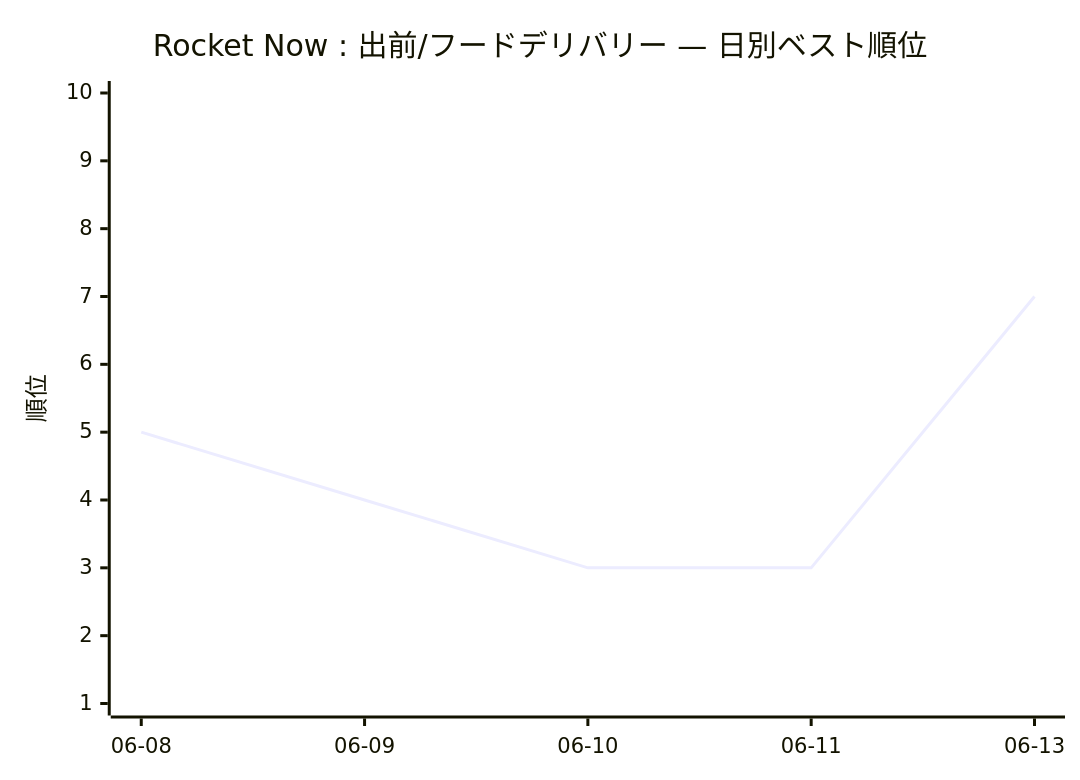
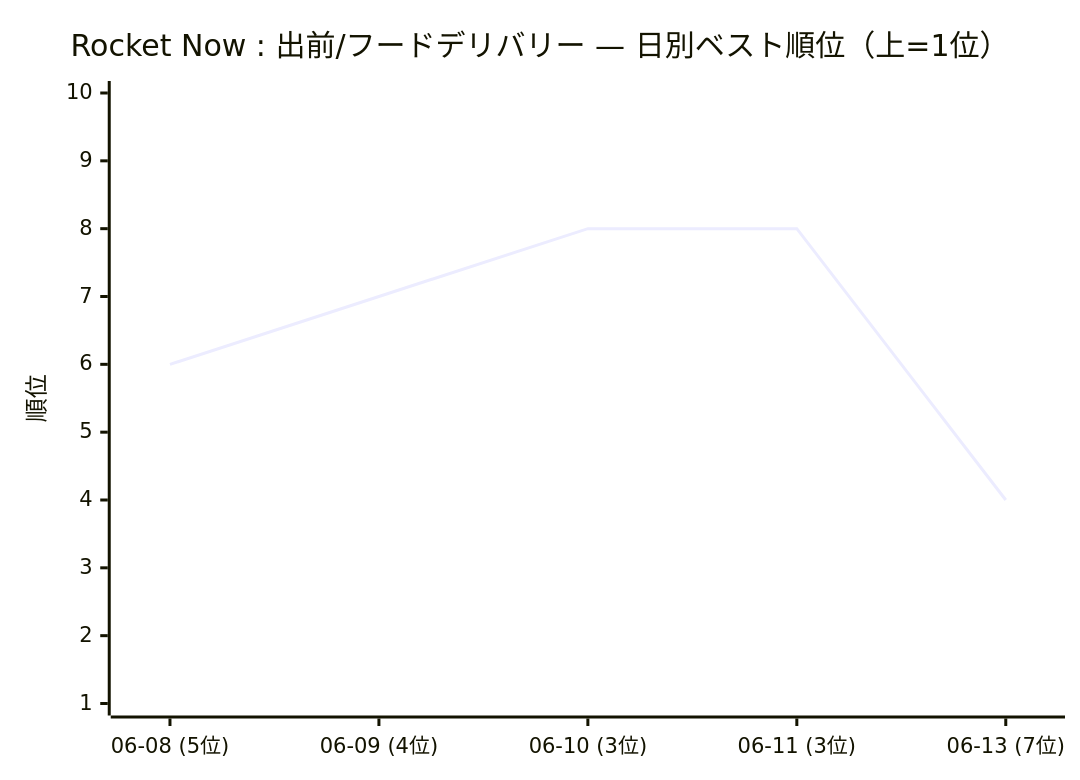
One commit to rushhirosan/trend-dashboard changed the second of 6 diagrams in docs/summaries/weekly/2026-W24.md. Above: the diagram before and after it, drawn with Mermaid. The commit also changed other lines of this file and 2 other files, not shown here.

````diff
--- a/docs/summaries/weekly/2026-W24.md
+++ b/docs/summaries/weekly/2026-W24.md
@@ -75,7 +75,7 @@
 ```mermaid
 xychart-beta
-    title "Rocket Now : 出前/フードデリバリー — 日別ベスト順位"
-    x-axis ["06-08", "06-09", "06-10", "06-11", "06-13"]
+    title "Rocket Now : 出前/フードデリバリー — 日別ベスト順位（上=1位）"
+    x-axis ["06-08 (5位)", "06-09 (4位)", "06-10 (3位)", "06-11 (3位)", "06-13 (7位)"]
     y-axis "順位" 1 --> 10
-    line [5, 4, 3, 3, 7]
+    line [6, 7, 8, 8, 4]
 ```
````
